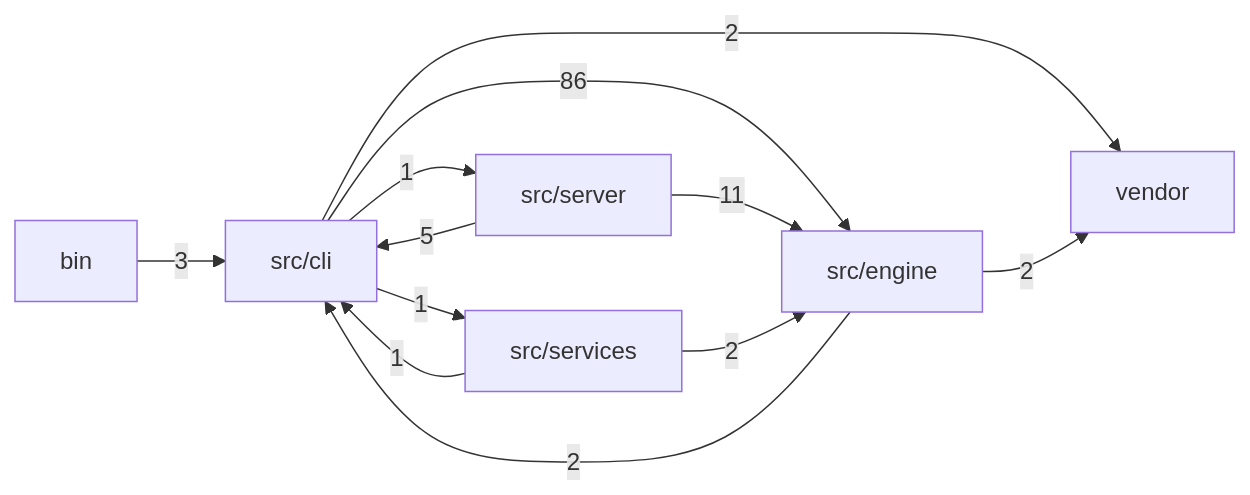
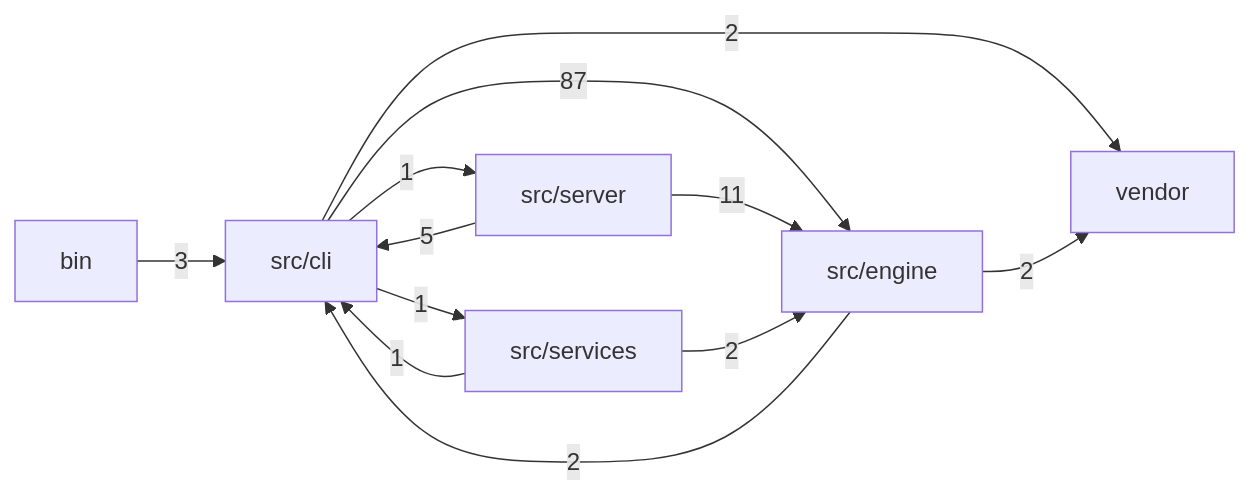
Before and after one commit to mgillr/memev: the first of 2 diagrams in docs/MODULES.md, drawn with Mermaid. The commit also changed other lines of this file and 4 other files, not shown here.

````diff
--- a/docs/MODULES.md
+++ b/docs/MODULES.md
@@ -11,20 +11,20 @@
 ```mermaid
 flowchart LR
   bin["bin"]
   cli["src/cli"]
   engine["src/engine"]
   server["src/server"]
   services["src/services"]
   vendor["vendor"]
   bin -->|"3"| cli
-  cli -->|"86"| engine
+  cli -->|"87"| engine
   cli -->|"1"| server
   cli -->|"1"| services
   cli -->|"2"| vendor
   engine -->|"2"| cli
   engine -->|"2"| vendor
   server -->|"5"| cli
   server -->|"11"| engine
   services -->|"1"| cli
   services -->|"2"| engine
 ```
````
